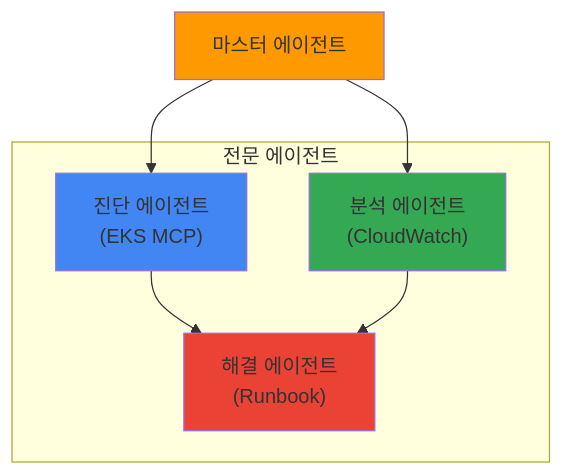
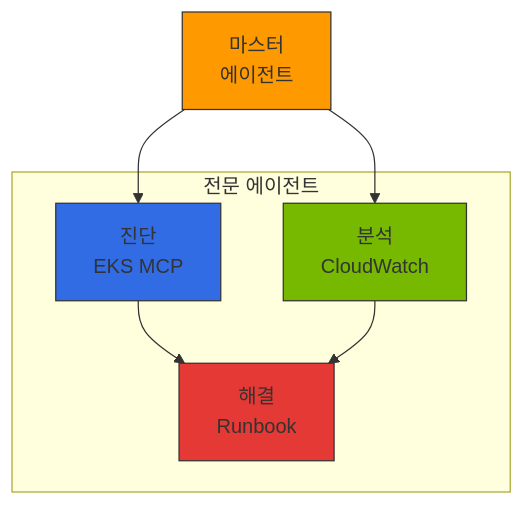
Before and after one commit to devfloor9/engineering-playbook: the second of 2 diagrams in docs/agentic-ai-platform/gateway-agents/bedrock-agentcore-mcp.md, drawn with Mermaid. The commit also changed other lines of this file and 24 other files, not shown here.

````diff
--- a/docs/agentic-ai-platform/gateway-agents/bedrock-agentcore-mcp.md
+++ b/docs/agentic-ai-platform/gateway-agents/bedrock-agentcore-mcp.md
@@ -191,20 +191,19 @@
 ```mermaid
-graph TB
-    Master["마스터 에이전트"]
-    
-    subgraph "전문 에이전트"
-        Diag["진단 에이전트<br/>(EKS MCP)"]
-        Analyze["분석 에이전트<br/>(CloudWatch)"]
-        Remedy["해결 에이전트<br/>(Runbook)"]
+flowchart TB
+    M[마스터<br/>에이전트]
+
+    subgraph SPEC["전문 에이전트"]
+        D[진단<br/>EKS MCP]
+        A[분석<br/>CloudWatch]
+        R[해결<br/>Runbook]
     end
-    
-    Master --> Diag
-    Master --> Analyze
-    Diag --> Remedy
-    Analyze --> Remedy
-    
-    style Master fill:#ff9900
-    style Diag fill:#4286f4
-    style Analyze fill:#34a853
-    style Remedy fill:#ea4335
+
+    M --> D & A
+    D --> R
+    A --> R
+
+    style M fill:#ff9900,stroke:#333
+    style D fill:#326ce5,stroke:#333
+    style A fill:#76b900,stroke:#333
+    style R fill:#e53935,stroke:#333
 ```
````
